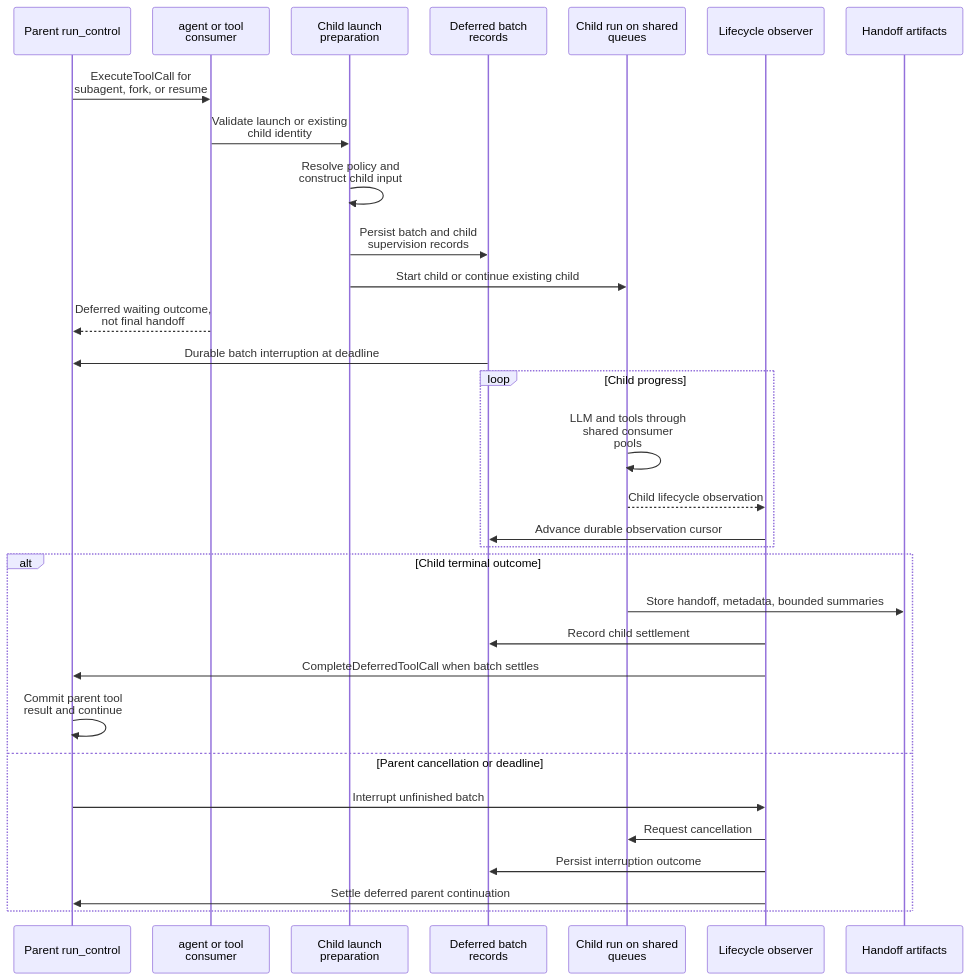
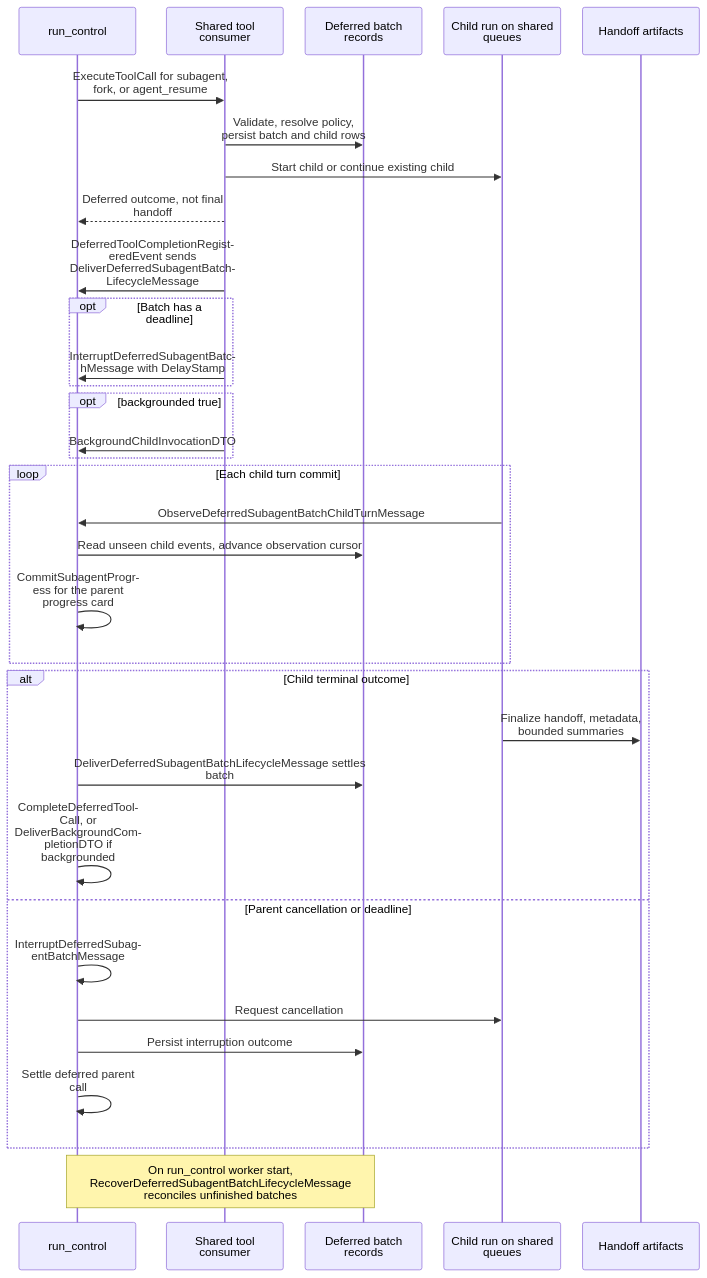
One commit to ineersa/agent-core changed the third of 5 diagrams in architecture/extensions-and-agents.md. Above: the diagram before and after it, drawn with Mermaid. The commit also changed other lines of this file and 86 other files, not shown here.

First line of the commit message:
Fix documentation drift and expand architecture diagrams

````diff
--- a/architecture/extensions-and-agents.md
+++ b/architecture/extensions-and-agents.md
@@ -125,35 +139,37 @@
 ```mermaid
 %%{init: {"sequence": {"wrap": true, "width": 160, "actorMargin": 30, "diagramMarginX": 10, "messageMargin": 30}}}%%
 sequenceDiagram
-    participant Parent as Parent run_control
-    participant Launch as agent or tool consumer
-    participant Prepare as Child launch preparation
+    participant RC as run_control
+    participant Tool as Shared tool consumer
     participant Batch as Deferred batch records
     participant Child as Child run on shared queues
-    participant Observe as Lifecycle observer
     participant Artifact as Handoff artifacts
 
-    Parent->>Launch: ExecuteToolCall for subagent, fork, or resume
-    Launch->>Prepare: Validate launch or existing child identity
-    Prepare->>Prepare: Resolve policy and construct child input
-    Prepare->>Batch: Persist batch and child supervision records
-    Prepare->>Child: Start child or continue existing child
-    Launch-->>Parent: Deferred waiting outcome, not final handoff
-    Batch->>Parent: Durable batch interruption at deadline
-    loop Child progress
-        Child->>Child: LLM and tools through shared consumer pools
-        Child-->>Observe: Child lifecycle observation
-        Observe->>Batch: Advance durable observation cursor
+    RC->>Tool: ExecuteToolCall for subagent, fork, or agent_resume
+    Tool->>Batch: Validate, resolve policy, persist batch and child rows
+    Tool->>Child: Start child or continue existing child
+    Tool-->>RC: Deferred outcome, not final handoff
+    Tool->>RC: DeferredToolCompletionRegisteredEvent sends DeliverDeferredSubagentBatchLifecycleMessage
+    opt Batch has a deadline
+        Tool->>RC: InterruptDeferredSubagentBatchMessage with DelayStamp
+    end
+    opt backgrounded true
+        Tool->>RC: BackgroundChildInvocationDTO
+    end
+    loop Each child turn commit
+        Child->>RC: ObserveDeferredSubagentBatchChildTurnMessage
+        RC->>Batch: Read unseen child events, advance observation cursor
+        RC->>RC: CommitSubagentProgress for the parent progress card
     end
     alt Child terminal outcome
-        Child->>Artifact: Store handoff, metadata, bounded summaries
-        Observe->>Batch: Record child settlement
-        Observe->>Parent: CompleteDeferredToolCall when batch settles
-        Parent->>Parent: Commit parent tool result and continue
+        Child->>Artifact: Finalize handoff, metadata, bounded summaries
+        RC->>Batch: DeliverDeferredSubagentBatchLifecycleMessage settles batch
+        RC->>RC: CompleteDeferredToolCall, or DeliverBackgroundCompletionDTO if backgrounded
     else Parent cancellation or deadline
-        Parent->>Observe: Interrupt unfinished batch
-        Observe->>Child: Request cancellation
-        Observe->>Batch: Persist interruption outcome
-        Observe->>Parent: Settle deferred parent continuation
+        RC->>RC: InterruptDeferredSubagentBatchMessage
+        RC->>Child: Request cancellation
+        RC->>Batch: Persist interruption outcome
+        RC->>RC: Settle deferred parent call
     end
+    Note over RC,Batch: On run_control worker start, RecoverDeferredSubagentBatchLifecycleMessage reconciles unfinished batches
 ```
````
